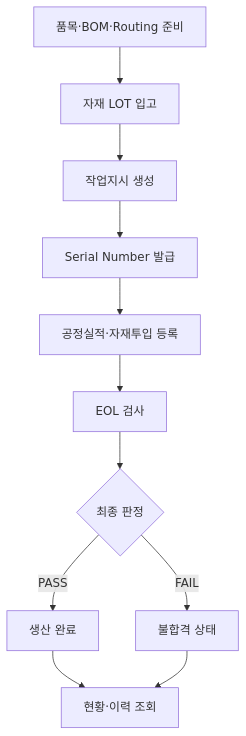
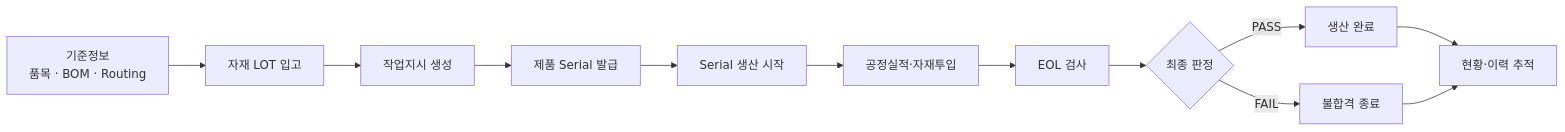
Before and after one commit to hoooni10099/Dx-Ax: the first of 3 diagrams in Mini MES Project/actuator-mini-mes/README.md, drawn with Mermaid. The commit also changed other lines of this file, not shown here.

First line of the commit message:
docs: update Mini MES README and add ERD

````diff
--- a/Mini MES Project/actuator-mini-mes/README.md
+++ b/Mini MES Project/actuator-mini-mes/README.md
@@ -76,13 +31,14 @@
 ```mermaid
-flowchart TD
-    A[품목·BOM·Routing 준비] --> B[자재 LOT 입고]
-    B --> C[작업지시 생성]
-    C --> D[Serial Number 발급]
-    D --> E[공정실적·자재투입 등록]
-    E --> F[EOL 검사]
-    F --> G{최종 판정}
-    G -->|PASS| H[생산 완료]
-    G -->|FAIL| I[불합격 상태]
-    H --> J[현황·이력 조회]
-    I --> J
+flowchart LR
+    A["기준정보<br/>품목 · BOM · Routing"] --> B["자재 LOT 입고"]
+    B --> C["작업지시 생성"]
+    C --> D["제품 Serial 발급"]
+    D --> E["Serial 생산 시작"]
+    E --> F["공정실적·자재투입"]
+    F --> G["EOL 검사"]
+    G --> H{"최종 판정"}
+    H -->|PASS| I["생산 완료"]
+    H -->|FAIL| J["불합격 종료"]
+    I --> K["현황·이력 추적"]
+    J --> K
 ```
````
